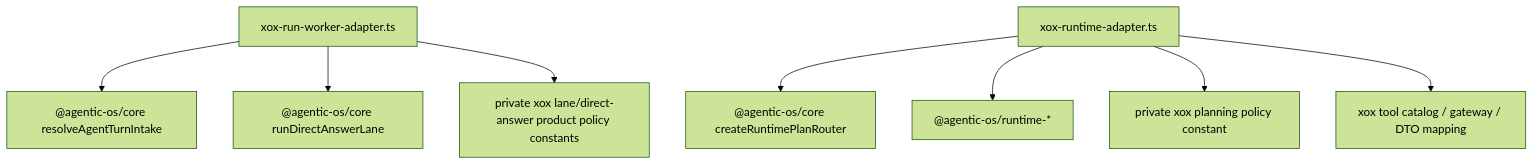
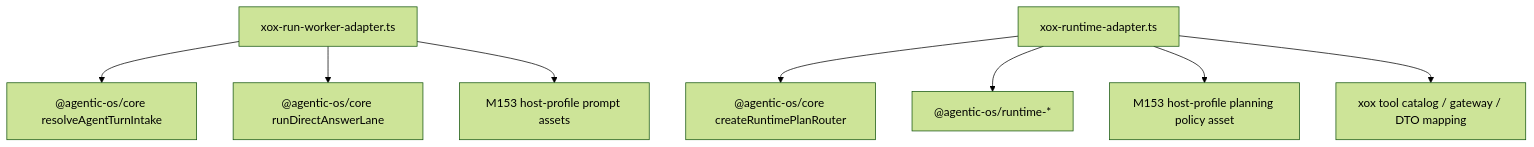
Before and after one commit to Suysker/xox-model: the diagram in docs/agentic-os-integration/m152-delete-host-prompt-assets.md, drawn with Mermaid (forest theme). The commit also changed other lines of this file and 11 other files, not shown here.

Commit message:
refactor(api): keep prompts as host profile assets

````diff
--- a/docs/agentic-os-integration/m152-delete-host-prompt-assets.md
+++ b/docs/agentic-os-integration/m152-delete-host-prompt-assets.md
@@ -44,10 +46,10 @@
 ```mermaid
 flowchart TD
     Worker["xox-run-worker-adapter.ts"] --> TurnIntake["@agentic-os/core resolveAgentTurnIntake"]
     Worker --> DirectAnswer["@agentic-os/core runDirectAnswerLane"]
-    Worker --> WorkerPolicy["private xox lane/direct-answer product policy constants"]
+    Worker --> WorkerPolicy["M153 host-profile prompt assets"]
     Runtime["xox-runtime-adapter.ts"] --> Router["@agentic-os/core createRuntimePlanRouter"]
     Runtime --> ProviderRuntime["@agentic-os/runtime-*"]
-    Runtime --> RuntimePolicy["private xox planning policy constant"]
+    Runtime --> RuntimePolicy["M153 host-profile planning policy asset"]
     Runtime --> Tools["xox tool catalog / gateway / DTO mapping"]
 ```
````
